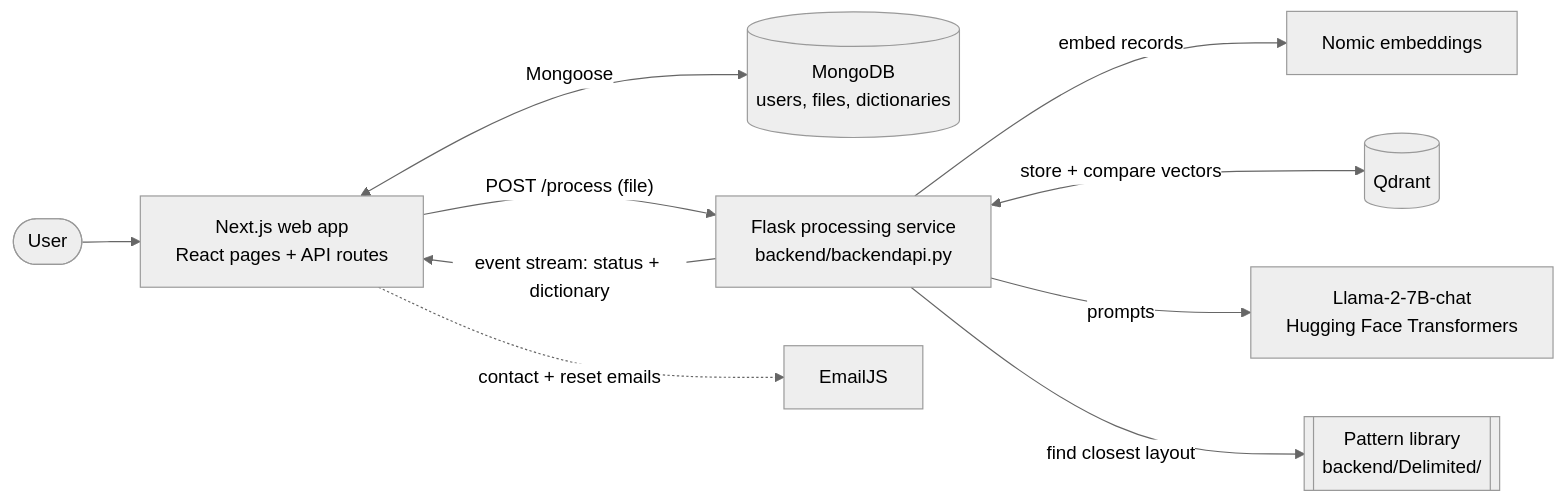
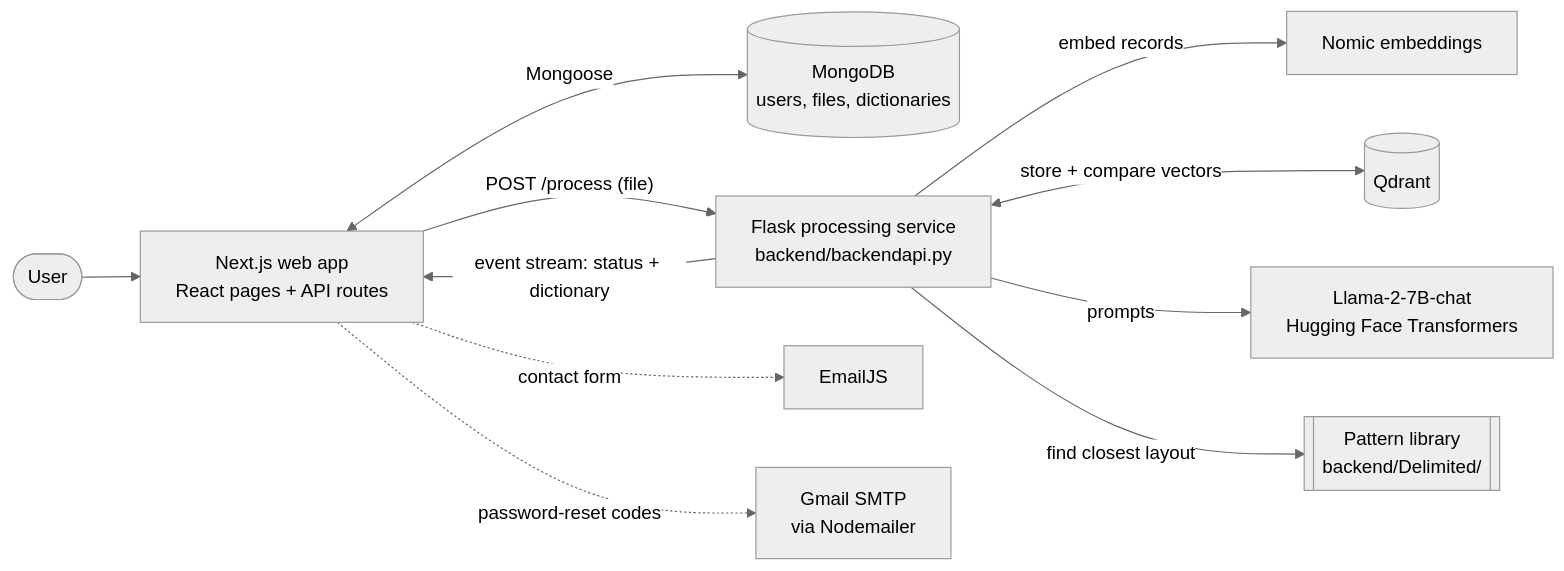
Before and after one commit to ZinoorFatima/IntelliDatum: the diagram in README.md, drawn with Mermaid (neutral theme). The commit also changed other lines of this file and 34 other files, not shown here.

````diff
--- a/README.md
+++ b/README.md
@@ -54,12 +54,13 @@
 ```mermaid
 flowchart LR
     U([User]) --> FE["Next.js web app<br/>React pages + API routes"]
     FE <-->|Mongoose| DB[("MongoDB<br/>users, files, dictionaries")]
     FE -->|"POST /process (file)"| BE["Flask processing service<br/>backend/backendapi.py"]
     BE -->|"event stream: status + dictionary"| FE
     BE -->|embed records| NO["Nomic embeddings"]
     BE <-->|store + compare vectors| QD[("Qdrant")]
     BE -->|prompts| LL["Llama-2-7B-chat<br/>Hugging Face Transformers"]
     BE -->|find closest layout| PL[["Pattern library<br/>backend/Delimited/"]]
-    FE -.->|contact + reset emails| EJ["EmailJS"]
+    FE -.->|contact form| EJ["EmailJS"]
+    FE -.->|password-reset codes| GM["Gmail SMTP<br/>via Nodemailer"]
 ```
````
